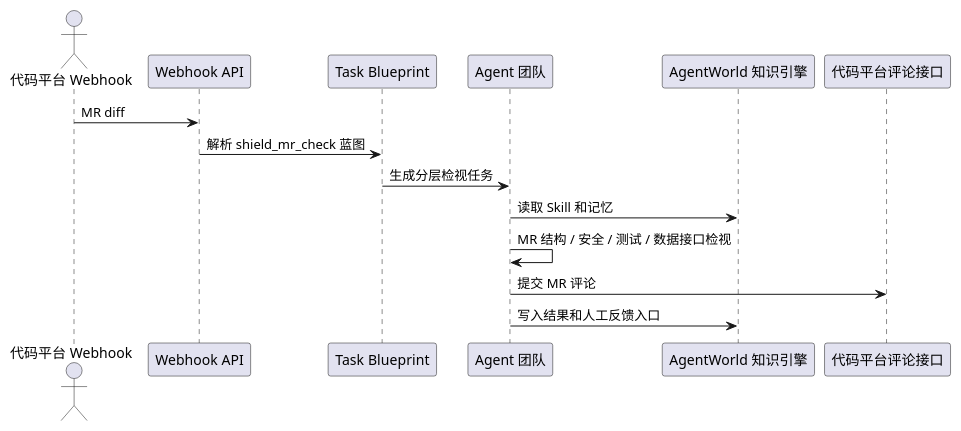
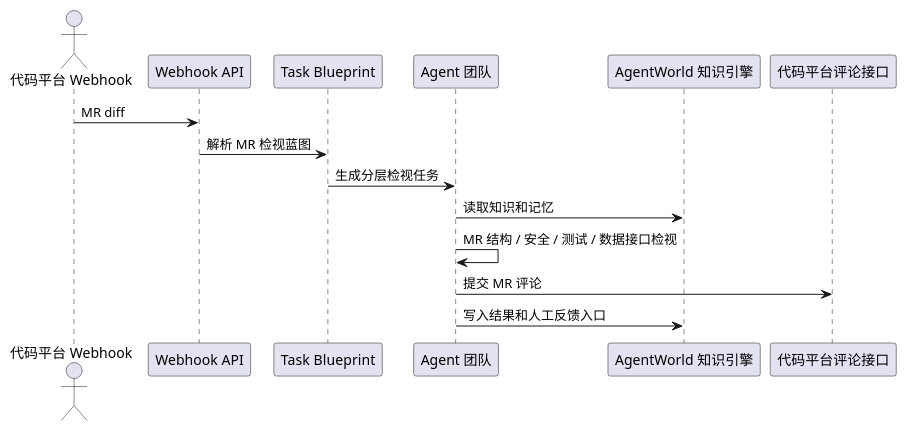
One commit to SimonMing47/agent-world changed the fifth of 5 diagrams in docs/system-design.zh-CN.md. Above: the diagram before and after it, drawn with PlantUML. The commit also changed other lines of this file and 35 other files, not shown here.

````diff
--- a/docs/system-design.zh-CN.md
+++ b/docs/system-design.zh-CN.md
@@ -145,18 +145,18 @@
 ```plantuml
 @startuml
 actor "代码平台 Webhook" as Git
 participant "Webhook API" as API
 participant "Task Blueprint" as Blueprint
 participant "Agent 团队" as Team
 participant "AgentWorld 知识引擎" as Memory
 participant "代码平台评论接口" as Comment
 
 Git -> API: MR diff
-API -> Blueprint: 解析 shield_mr_check 蓝图
+API -> Blueprint: 解析 MR 检视蓝图
 Blueprint -> Team: 生成分层检视任务
-Team -> Memory: 读取 Skill 和记忆
+Team -> Memory: 读取知识和记忆
 Team -> Team: MR 结构 / 安全 / 测试 / 数据接口检视
 Team -> Comment: 提交 MR 评论
 Team -> Memory: 写入结果和人工反馈入口
 @enduml
 ```
````
